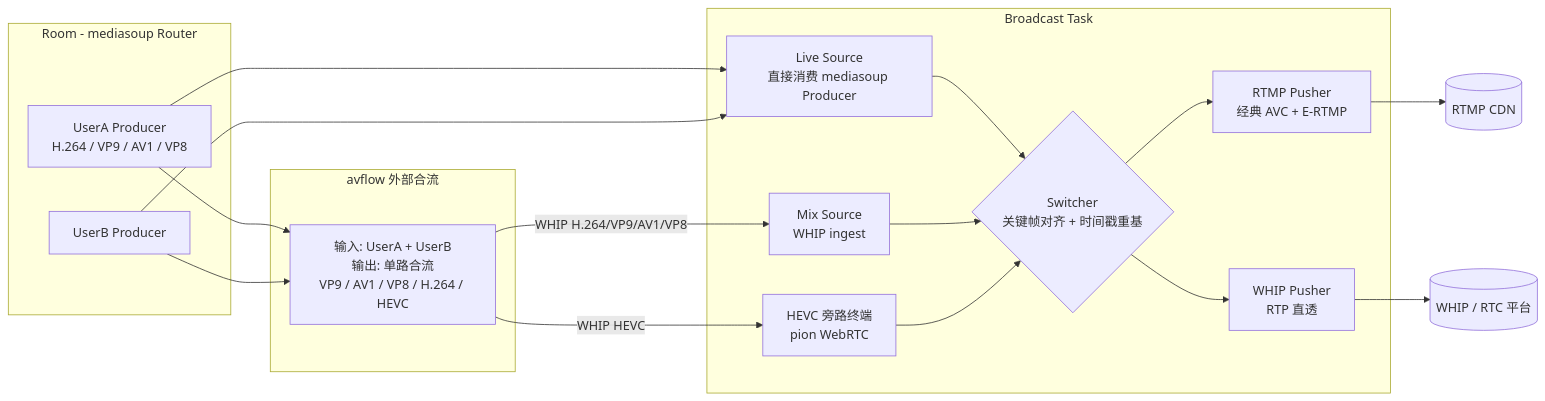
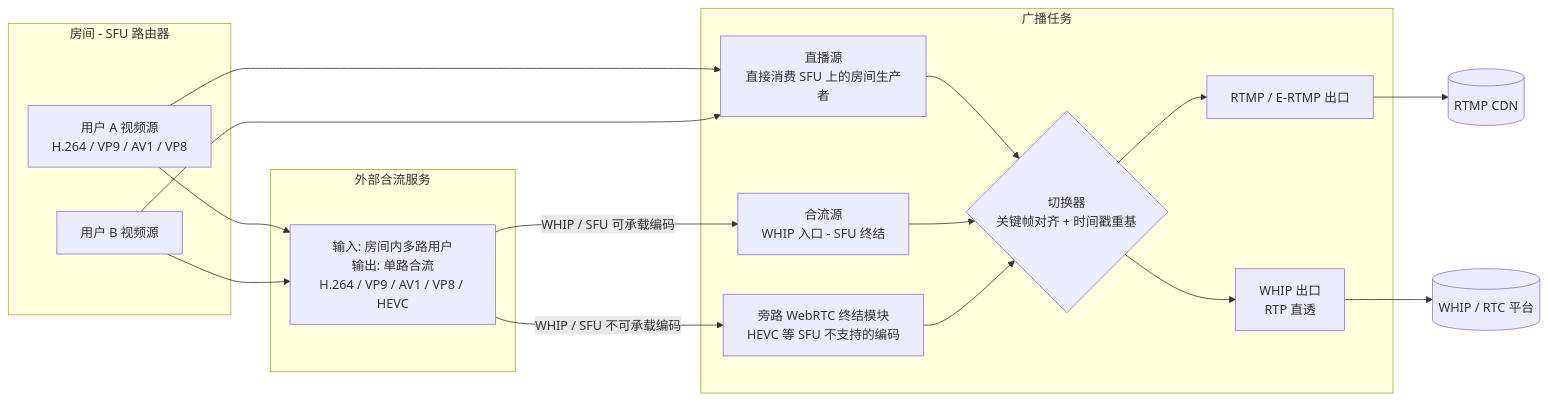
Before and after one commit to axonkit/axonkit: the first of 5 diagrams in docs/patent/broadcast-source-switch.md, drawn with Mermaid. The commit also changed other lines of this file, not shown here.

First line of the commit message:
feat(docs): update broadcast-source-switch documentation for clarity and accuracy

````diff
--- a/docs/patent/broadcast-source-switch.md
+++ b/docs/patent/broadcast-source-switch.md
@@ -69,34 +74,34 @@
 ```mermaid
 flowchart LR
-    subgraph Room[Room - mediasoup Router]
-        UA[UserA Producer\nH.264 / VP9 / AV1 / VP8]
-        UB[UserB Producer]
+    subgraph Room[房间 - SFU 路由器]
+        UA[用户 A 视频源\nH.264 / VP9 / AV1 / VP8]
+        UB[用户 B 视频源]
     end
 
-    subgraph Avflow[avflow 外部合流]
-        AV[输入: UserA + UserB\n输出: 单路合流\nVP9 / AV1 / VP8 / H.264 / HEVC]
+    subgraph Mixer[外部合流服务]
+        AV[输入: 房间内多路用户\n输出: 单路合流\nH.264 / VP9 / AV1 / VP8 / HEVC]
     end
 
-    subgraph Broadcast[Broadcast Task]
-        LS[Live Source\n直接消费 mediasoup Producer]
-        MS[Mix Source\nWHIP ingest]
-        H265[HEVC 旁路终端\npion WebRTC]
-        SW{Switcher\n关键帧对齐 + 时间戳重基}
-        RP[RTMP Pusher\n经典 AVC + E-RTMP]
-        WP[WHIP Pusher\nRTP 直透]
+    subgraph Broadcast[广播任务]
+        LS[直播源\n直接消费 SFU 上的房间生产者]
+        MS[合流源\nWHIP 入口 - SFU 终结]
+        H265[旁路 WebRTC 终结模块\nHEVC 等 SFU 不支持的编码]
+        SW{切换器\n关键帧对齐 + 时间戳重基}
+        RP[RTMP / E-RTMP 出口]
+        WP[WHIP 出口\nRTP 直透]
     end
 
     UA --> LS
     UB --> LS
     UA --> AV
     UB --> AV
-    AV -- "WHIP H.264/VP9/AV1/VP8" --> MS
-    AV -- "WHIP HEVC" --> H265
+    AV -- "WHIP / SFU 可承载编码" --> MS
+    AV -- "WHIP / SFU 不可承载编码" --> H265
     LS --> SW
     MS --> SW
     H265 --> SW
     SW --> RP
     SW --> WP
     RP --> CDN1[(RTMP CDN)]
     WP --> CDN2[(WHIP / RTC 平台)]
 ```
````
